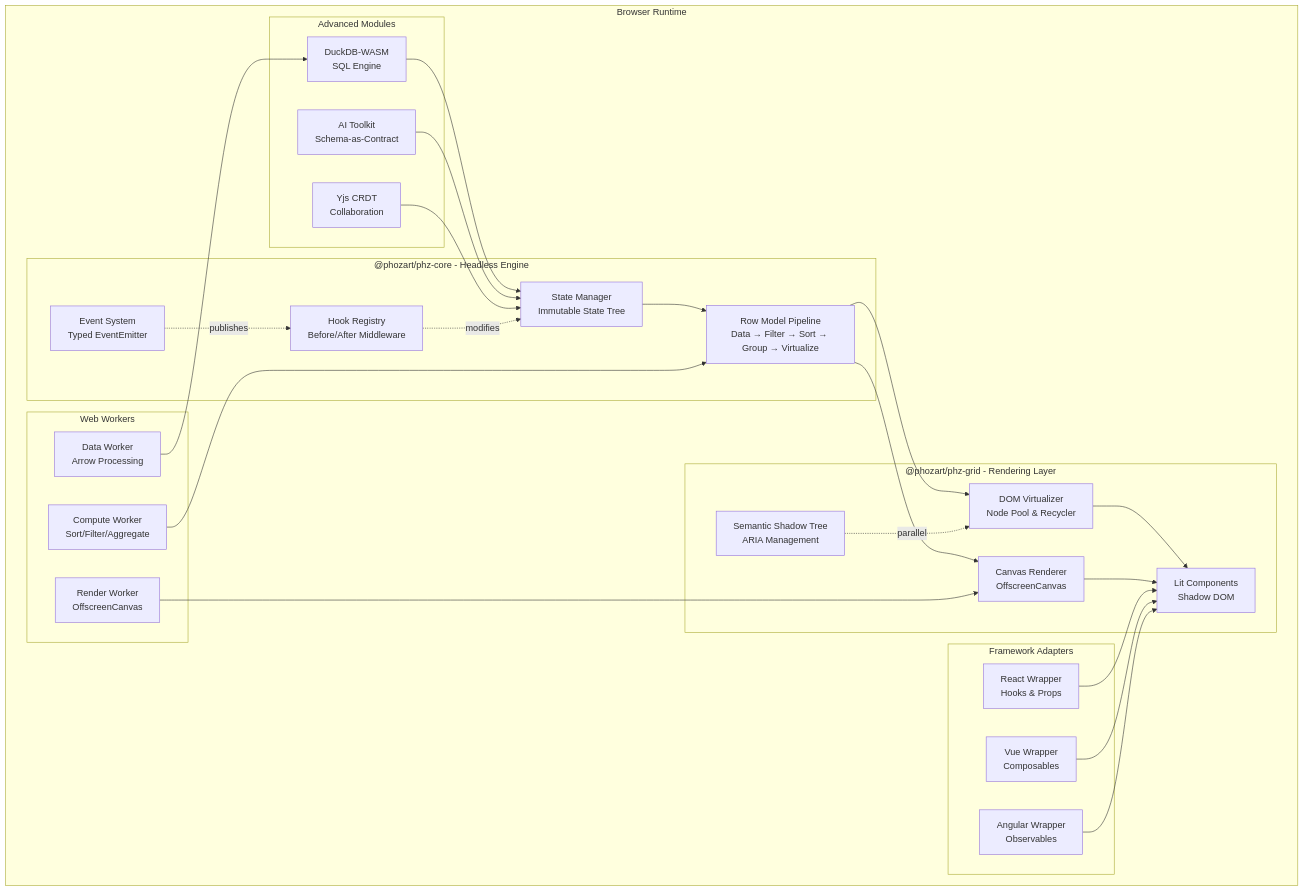
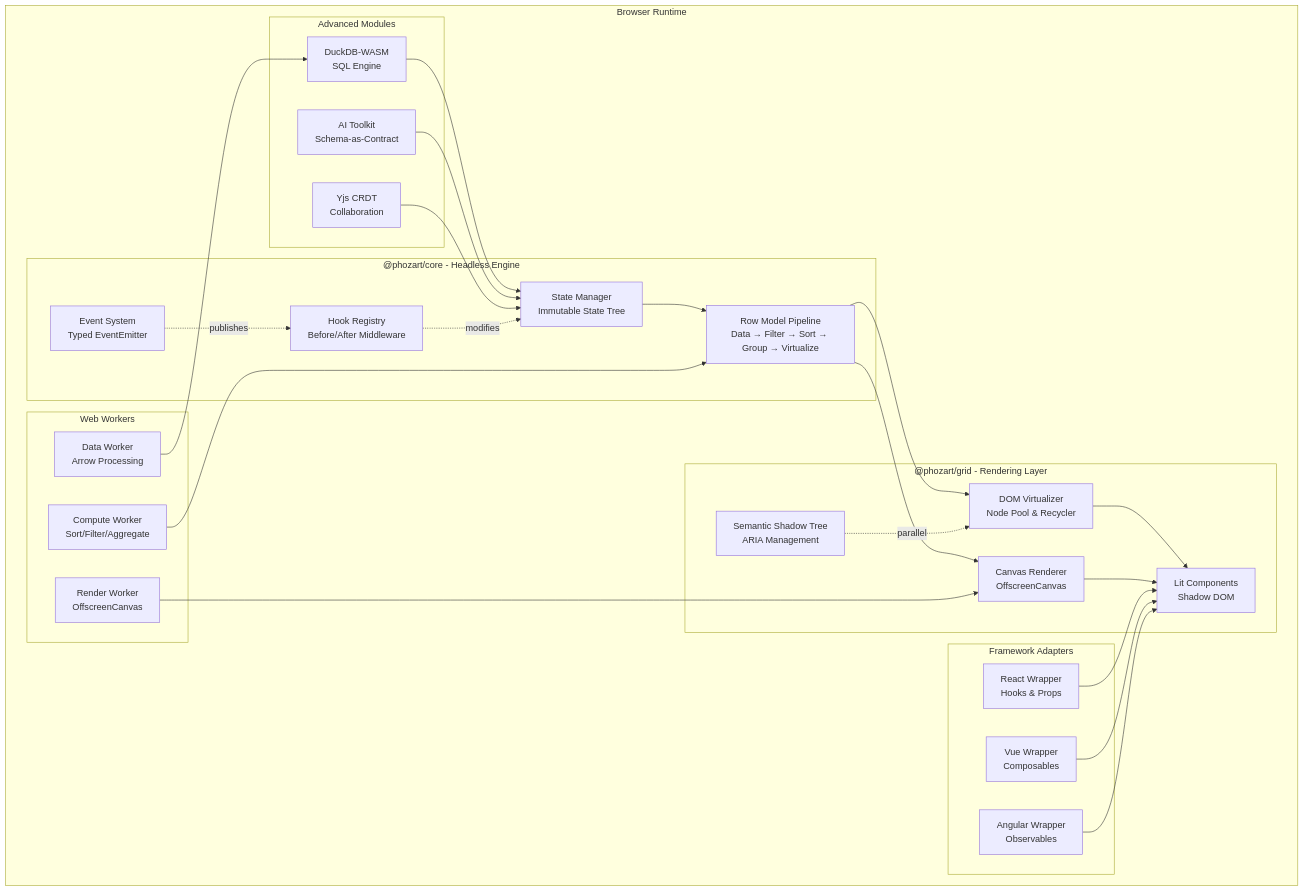
The second of 16 diagrams in phz-grid/docs/architecture/SYSTEM-ARCHITECTURE.md (phozart/phz), drawn with Mermaid before and after one commit. The commit also changed other lines of this file and 2902 other files, not shown here.

````diff
--- a/phz-grid/docs/architecture/SYSTEM-ARCHITECTURE.md
+++ b/phz-grid/docs/architecture/SYSTEM-ARCHITECTURE.md
@@ -103,58 +103,58 @@
 ```mermaid
 graph TB
     subgraph "Browser Runtime"
-        subgraph "@phozart/phz-core - Headless Engine"
+        subgraph "@phozart/core - Headless Engine"
             STATE[State Manager<br/>Immutable State Tree]
             EVENTS[Event System<br/>Typed EventEmitter]
             HOOKS[Hook Registry<br/>Before/After Middleware]
             PIPELINE[Row Model Pipeline<br/>Data → Filter → Sort → Group → Virtualize]
         end
 
-        subgraph "@phozart/phz-grid - Rendering Layer"
+        subgraph "@phozart/grid - Rendering Layer"
             LIT[Lit Components<br/>Shadow DOM]
             DOM_VIRT[DOM Virtualizer<br/>Node Pool & Recycler]
             CANVAS[Canvas Renderer<br/>OffscreenCanvas]
             A11Y_TREE[Semantic Shadow Tree<br/>ARIA Management]
         end
 
         subgraph "Framework Adapters"
             REACT_WRAP[React Wrapper<br/>Hooks & Props]
             VUE_WRAP[Vue Wrapper<br/>Composables]
             ANGULAR_WRAP[Angular Wrapper<br/>Observables]
         end
 
         subgraph "Advanced Modules"
             DUCK[DuckDB-WASM<br/>SQL Engine]
             AI_ENGINE[AI Toolkit<br/>Schema-as-Contract]
             YJS[Yjs CRDT<br/>Collaboration]
         end
 
         subgraph "Web Workers"
             WORKER_DATA[Data Worker<br/>Arrow Processing]
             WORKER_COMPUTE[Compute Worker<br/>Sort/Filter/Aggregate]
             WORKER_RENDER[Render Worker<br/>OffscreenCanvas]
         end
     end
 
     STATE --> PIPELINE
     PIPELINE --> DOM_VIRT
     PIPELINE --> CANVAS
     DOM_VIRT --> LIT
     CANVAS --> LIT
     A11Y_TREE -.parallel.-> DOM_VIRT
 
     REACT_WRAP --> LIT
     VUE_WRAP --> LIT
     ANGULAR_WRAP --> LIT
 
     DUCK --> STATE
     AI_ENGINE --> STATE
     YJS --> STATE
 
     WORKER_DATA --> DUCK
     WORKER_COMPUTE --> PIPELINE
     WORKER_RENDER --> CANVAS
 
     EVENTS -.publishes.-> HOOKS
     HOOKS -.modifies.-> STATE
 ```
````
